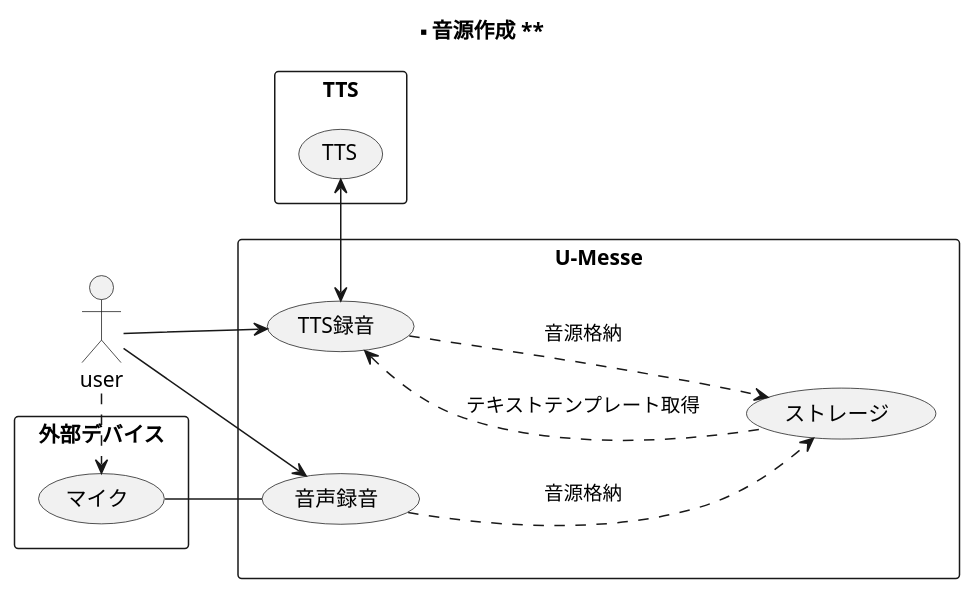
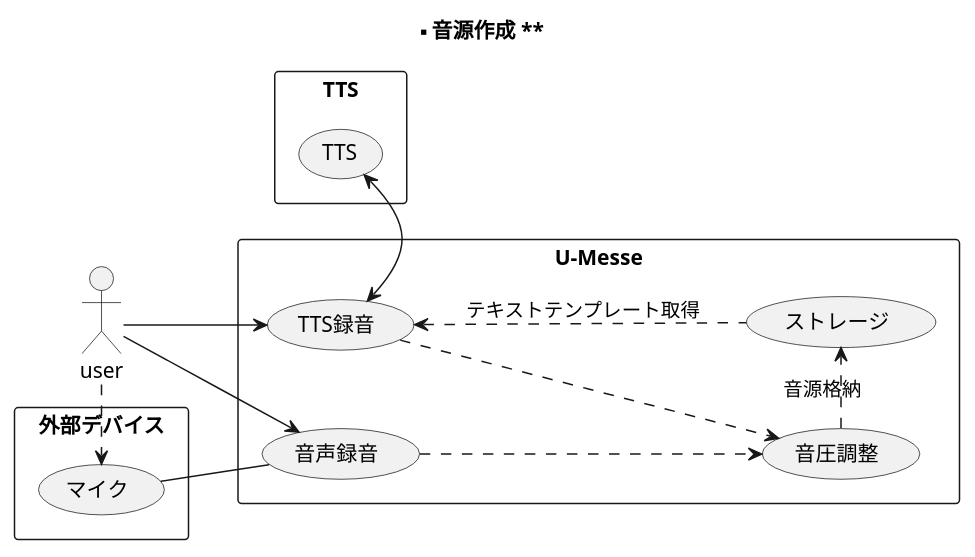
Before and after one commit to y-watanabe-usen/umesse-test: the diagram in documents/uml/u01-record.wsd, drawn with PlantUML. The commit also changed 9 other files, not shown here.

```diff
--- a/documents/uml/u01-record.wsd
+++ b/documents/uml/u01-record.wsd
@@ -1,26 +1,28 @@
 @startuml u-messe version beta
 
 left to right direction
 rectangle "U-Messe" {
   usecase "音声録音" as u1
   usecase "TTS録音" as u2
-  usecase "ストレージ" as u3
+  usecase "音圧調整" as u3
+  usecase "ストレージ" as u4
 }
 rectangle "外部デバイス" {
   usecase "マイク" as d1
 }
 rectangle "TTS" {
   usecase "TTS" as t1
 }
 
 title ** 音源作成 **
 user --> u1
 user --> u2
 user .> d1
 d1 -- u1
-u1 ..> u3: 音源格納
+u1 ..> u3
+u2 ..> u3
+u3 .> u4: 音源格納
 u2 <-> t1
-u2 <.. u3: テキストテンプレート取得
-u2 ..> u3: 音源格納
+u2 <.. u4: テキストテンプレート取得
 
 @enduml
```
